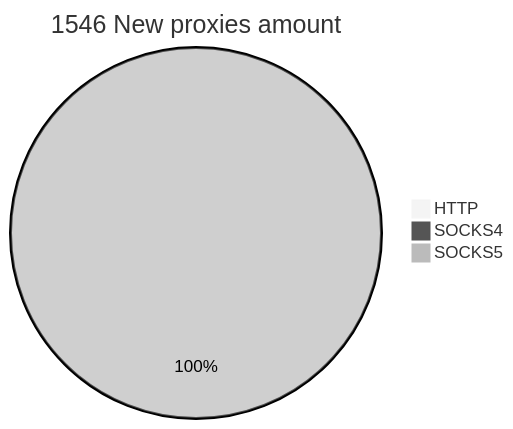
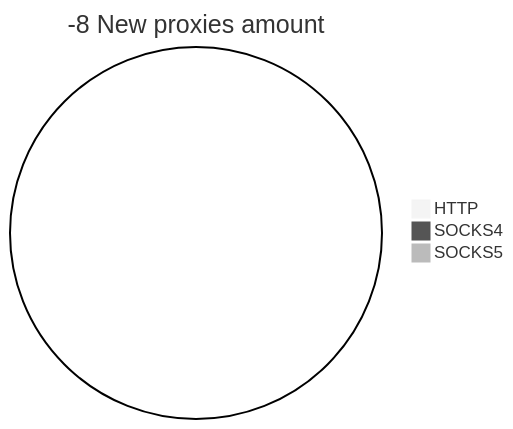
The second of 2 diagrams in README.md (cutipu/proxylist), drawn with Mermaid (neutral theme) before and after one commit. The commit also changed other lines of this file, not shown here.

````diff
--- a/README.md
+++ b/README.md
@@ -10,6 +10,6 @@
 ```mermaid
-pie title 1546 New proxies amount
+pie title -8 New proxies amount
     "HTTP" : 0
     "SOCKS4" : 0
-    "SOCKS5" : 1549
+    "SOCKS5" : 0
 ```
````
